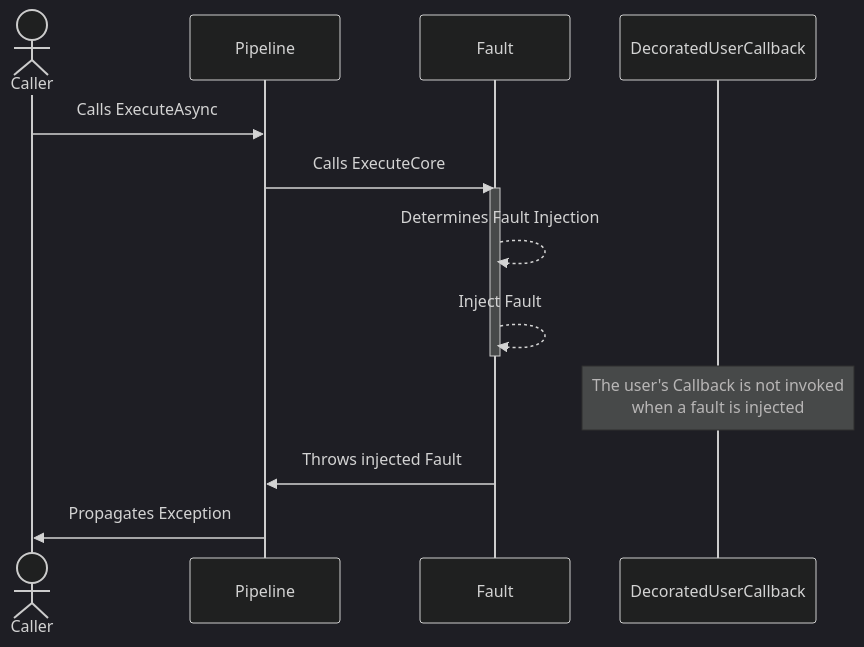
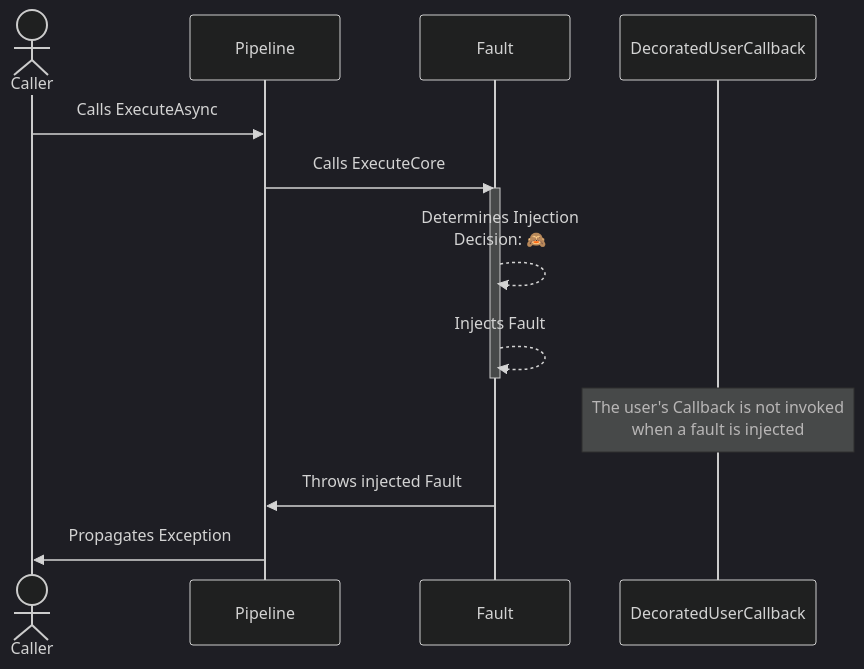
One commit to App-vNext/Polly changed the second of 2 diagrams in docs/chaos/fault.md. Above: the diagram before and after it, drawn with Mermaid (dark theme). The commit also changed other lines of this file and 3 other files, not shown here.

````diff
--- a/docs/chaos/fault.md
+++ b/docs/chaos/fault.md
@@ -124,17 +124,17 @@
 ```mermaid
 sequenceDiagram
     actor C as Caller
     participant P as Pipeline
     participant F as Fault
     participant D as DecoratedUserCallback
 
     C->>P: Calls ExecuteAsync
     P->>F: Calls ExecuteCore
     activate F
-    F-->>F: Determines Fault Injection
-    F-->>F: Inject Fault
+    F-->>F: Determines Injection<br/>Decision: 🙈
+    F-->>F: Injects Fault
     deactivate F
     Note over D: The user's Callback is not invoked<br/>when a fault is injected
     F->>P: Throws injected Fault
     P->>C: Propagates Exception
 ```
````
